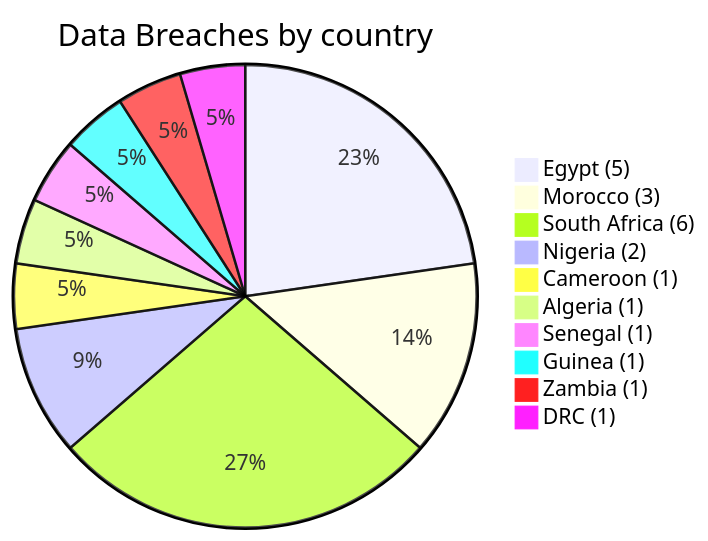
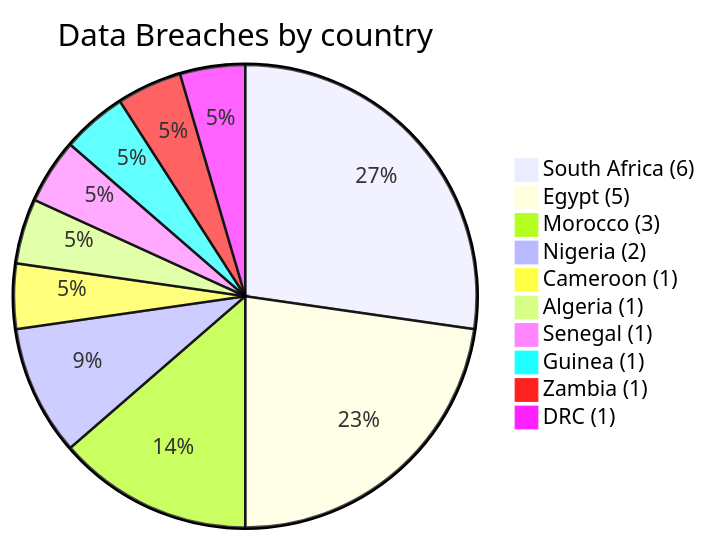
Before and after one commit to Hatchepsoute/AFRINTEL: the third of 5 diagrams in reports/2026/03-march/README.md, drawn with Mermaid. The commit also changed other lines of this file and 1 other file, not shown here.

Commit message:
CTI Report - Cyberattacks in Africa (March 2026)

````diff
--- a/reports/2026/03-march/README.md
+++ b/reports/2026/03-march/README.md
@@ -110,14 +110,14 @@
 ```mermaid
 pie
     title Data Breaches by country
+    "South Africa (6)" : 6
     "Egypt (5)" : 5
     "Morocco (3)" : 3
-    "South Africa (6)" : 6
     "Nigeria (2)" : 2
     "Cameroon (1)" : 1
     "Algeria (1)" : 1
     "Senegal (1)" : 1
     "Guinea (1)" : 1
     "Zambia (1)" : 1
     "DRC (1)" : 1
 ```
````
